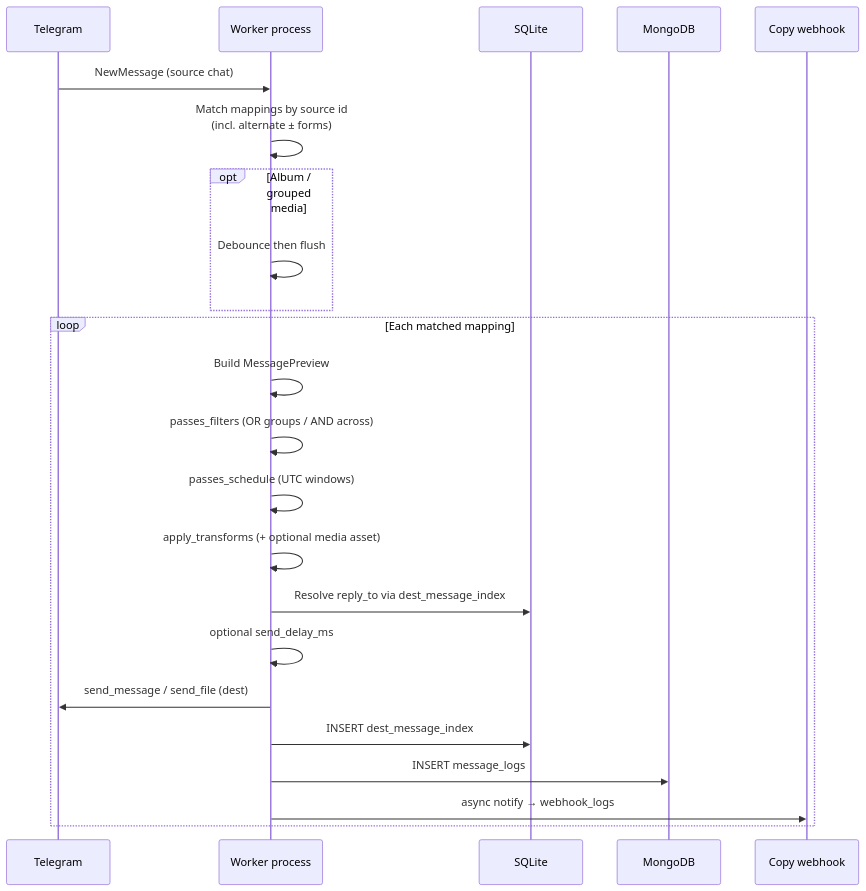
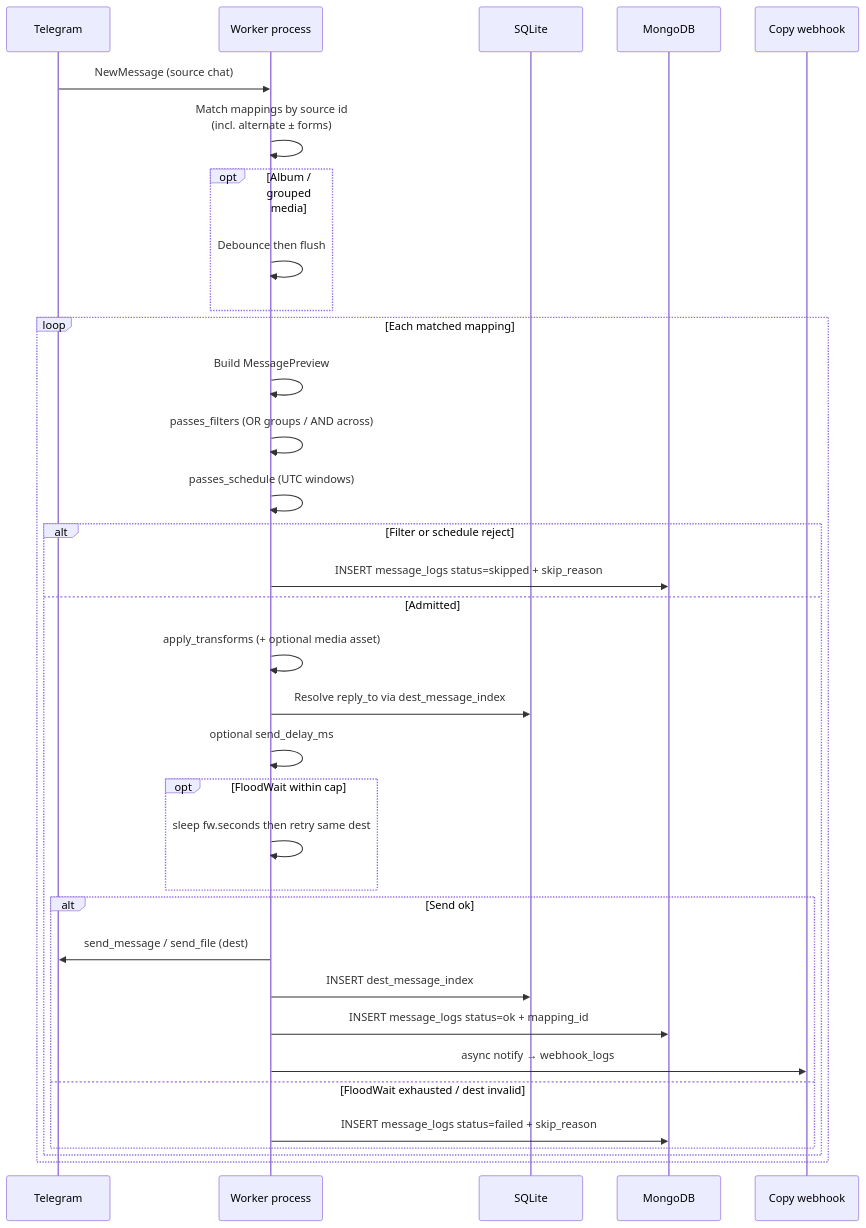
Before and after one commit to sammirzagharcheh/PyTelegramClientCopier: the third of 5 diagrams in docs/architecture.md, drawn with Mermaid. The commit also changed other lines of this file and 34 other files, not shown here.

First line of the commit message:
Add setup checklist, FloodWait retry, and skip reasons.

````diff
--- a/docs/architecture.md
+++ b/docs/architecture.md
@@ -173,26 +173,37 @@
 ```mermaid
 sequenceDiagram
   participant TG as Telegram
   participant W as Worker process
   participant SQ as SQLite
   participant MG as MongoDB
   participant WH as Copy webhook
 
   TG->>W: NewMessage (source chat)
   W->>W: Match mappings by source id<br/>(incl. alternate ± forms)
   opt Album / grouped media
     W->>W: Debounce then flush
   end
   loop Each matched mapping
     W->>W: Build MessagePreview
     W->>W: passes_filters (OR groups / AND across)
     W->>W: passes_schedule (UTC windows)
-    W->>W: apply_transforms (+ optional media asset)
-    W->>SQ: Resolve reply_to via dest_message_index
-    W->>W: optional send_delay_ms
-    W->>TG: send_message / send_file (dest)
-    W->>SQ: INSERT dest_message_index
-    W->>MG: INSERT message_logs
-    W->>WH: async notify → webhook_logs
+    alt Filter or schedule reject
+      W->>MG: INSERT message_logs status=skipped + skip_reason
+    else Admitted
+      W->>W: apply_transforms (+ optional media asset)
+      W->>SQ: Resolve reply_to via dest_message_index
+      W->>W: optional send_delay_ms
+      opt FloodWait within cap
+        W->>W: sleep fw.seconds then retry same dest
+      end
+      alt Send ok
+        W->>TG: send_message / send_file (dest)
+        W->>SQ: INSERT dest_message_index
+        W->>MG: INSERT message_logs status=ok + mapping_id
+        W->>WH: async notify → webhook_logs
+      else FloodWait exhausted / dest invalid
+        W->>MG: INSERT message_logs status=failed + skip_reason
+      end
+    end
   end
 ```
````
